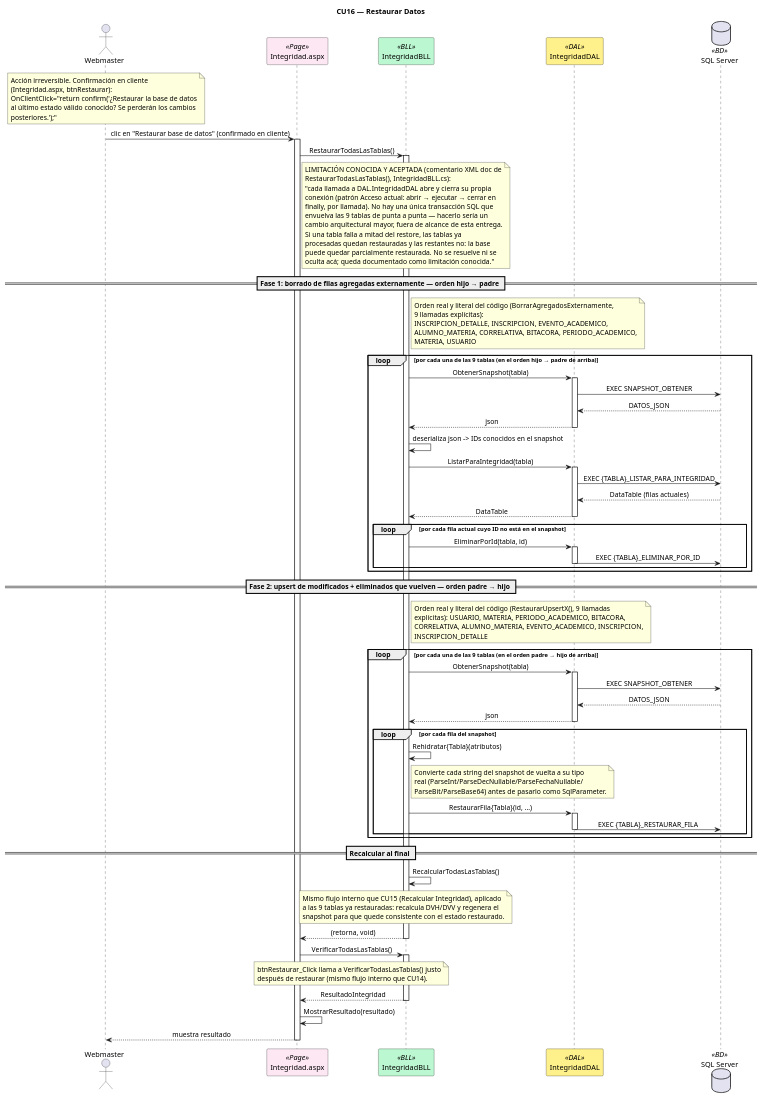
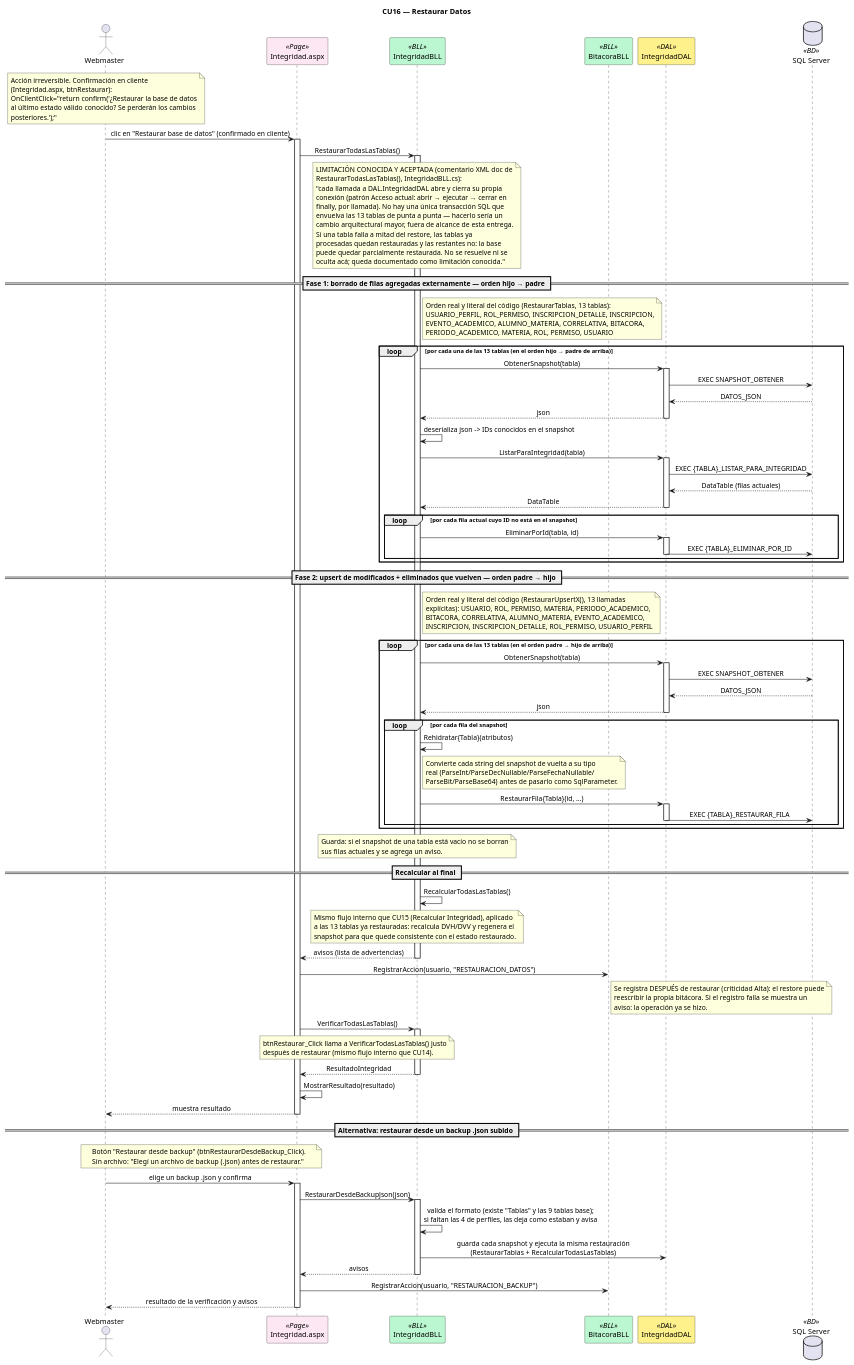
The diagram in DIAGRAMAS/Secuencia_CU16_RestaurarDatos.puml (Urrels/tpDYAWeb), drawn with PlantUML before and after one commit. The commit also changed 33 other files, not shown here.

First line of the commit message:
docs(diagramas): actualizar casos de uso, secuencias y clases segun el codigo

```diff
--- a/DIAGRAMAS/Secuencia_CU16_RestaurarDatos.puml
+++ b/DIAGRAMAS/Secuencia_CU16_RestaurarDatos.puml
@@ -1,135 +1,166 @@
 @startuml Secuencia_CU16_RestaurarDatos
 title CU16 — Restaurar Datos
 skinparam sequenceMessageAlign center
 skinparam shadowing false
 skinparam sequenceParticipant {
     BackgroundColor<<Page>> #FCE7F3
     BackgroundColor<<BLL>> #BBF7D0
     BackgroundColor<<DAL>> #FEF08A
     BackgroundColor<<BD>> #DBEAFE
 }
 
 actor Webmaster as WM
 participant "Integridad.aspx" as PAGE <<Page>>
 participant "IntegridadBLL" as BLL <<BLL>>
+participant "BitacoraBLL" as BITB <<BLL>>
 participant "IntegridadDAL" as DAL <<DAL>>
 database "SQL Server" as DB <<BD>>
 
 note over WM
   Acción irreversible. Confirmación en cliente
   (Integridad.aspx, btnRestaurar):
   OnClientClick="return confirm('¿Restaurar la base de datos
   al último estado válido conocido? Se perderán los cambios
   posteriores.');"
 end note
 
 WM -> PAGE : clic en "Restaurar base de datos" (confirmado en cliente)
 activate PAGE
 PAGE -> BLL : RestaurarTodasLasTablas()
 activate BLL
 
 note over BLL
   LIMITACIÓN CONOCIDA Y ACEPTADA (comentario XML doc de
   RestaurarTodasLasTablas(), IntegridadBLL.cs):
   "cada llamada a DAL.IntegridadDAL abre y cierra su propia
   conexión (patrón Acceso actual: abrir → ejecutar → cerrar en
   finally, por llamada). No hay una única transacción SQL que
-  envuelva las 9 tablas de punta a punta — hacerlo sería un
+  envuelva las 13 tablas de punta a punta — hacerlo sería un
   cambio arquitectural mayor, fuera de alcance de esta entrega.
   Si una tabla falla a mitad del restore, las tablas ya
   procesadas quedan restauradas y las restantes no: la base
   puede quedar parcialmente restaurada. No se resuelve ni se
   oculta acá; queda documentado como limitación conocida."
 end note
 
 == Fase 1: borrado de filas agregadas externamente — orden hijo → padre ==
 
 note right of BLL
-  Orden real y literal del código (BorrarAgregadosExternamente,
-  9 llamadas explícitas):
-  INSCRIPCION_DETALLE, INSCRIPCION, EVENTO_ACADEMICO,
-  ALUMNO_MATERIA, CORRELATIVA, BITACORA, PERIODO_ACADEMICO,
-  MATERIA, USUARIO
+  Orden real y literal del código (RestaurarTablas, 13 tablas):
+  USUARIO_PERFIL, ROL_PERMISO, INSCRIPCION_DETALLE, INSCRIPCION,
+  EVENTO_ACADEMICO, ALUMNO_MATERIA, CORRELATIVA, BITACORA,
+  PERIODO_ACADEMICO, MATERIA, ROL, PERMISO, USUARIO
 end note
 
-loop por cada una de las 9 tablas (en el orden hijo → padre de arriba)
+loop por cada una de las 13 tablas (en el orden hijo → padre de arriba)
     BLL -> DAL : ObtenerSnapshot(tabla)
     activate DAL
     DAL -> DB : EXEC SNAPSHOT_OBTENER
     DB --> DAL : DATOS_JSON
     DAL --> BLL : json
     deactivate DAL
     BLL -> BLL : deserializa json -> IDs conocidos en el snapshot
 
     BLL -> DAL : ListarParaIntegridad(tabla)
     activate DAL
     DAL -> DB : EXEC {TABLA}_LISTAR_PARA_INTEGRIDAD
     DB --> DAL : DataTable (filas actuales)
     DAL --> BLL : DataTable
     deactivate DAL
 
     loop por cada fila actual cuyo ID no está en el snapshot
         BLL -> DAL : EliminarPorId(tabla, id)
         activate DAL
         DAL -> DB : EXEC {TABLA}_ELIMINAR_POR_ID
         deactivate DAL
     end
 end
 
 == Fase 2: upsert de modificados + eliminados que vuelven — orden padre → hijo ==
 
 note right of BLL
-  Orden real y literal del código (RestaurarUpsertX(), 9 llamadas
-  explícitas): USUARIO, MATERIA, PERIODO_ACADEMICO, BITACORA,
-  CORRELATIVA, ALUMNO_MATERIA, EVENTO_ACADEMICO, INSCRIPCION,
-  INSCRIPCION_DETALLE
+  Orden real y literal del código (RestaurarUpsertX(), 13 llamadas
+  explícitas): USUARIO, ROL, PERMISO, MATERIA, PERIODO_ACADEMICO,
+  BITACORA, CORRELATIVA, ALUMNO_MATERIA, EVENTO_ACADEMICO,
+  INSCRIPCION, INSCRIPCION_DETALLE, ROL_PERMISO, USUARIO_PERFIL
 end note
 
-loop por cada una de las 9 tablas (en el orden padre → hijo de arriba)
+loop por cada una de las 13 tablas (en el orden padre → hijo de arriba)
     BLL -> DAL : ObtenerSnapshot(tabla)
     activate DAL
     DAL -> DB : EXEC SNAPSHOT_OBTENER
     DB --> DAL : DATOS_JSON
     DAL --> BLL : json
     deactivate DAL
 
     loop por cada fila del snapshot
         BLL -> BLL : Rehidratar{Tabla}(atributos)
         note right of BLL
             Convierte cada string del snapshot de vuelta a su tipo
             real (ParseInt/ParseDecNullable/ParseFechaNullable/
             ParseBit/ParseBase64) antes de pasarlo como SqlParameter.
         end note
         BLL -> DAL : RestaurarFila{Tabla}(id, ...)
         activate DAL
         DAL -> DB : EXEC {TABLA}_RESTAURAR_FILA
         deactivate DAL
     end
 end
 
+note over BLL
+  Guarda: si el snapshot de una tabla está vacío no se borran
+  sus filas actuales y se agrega un aviso.
+end note
+
 == Recalcular al final ==
 
 BLL -> BLL : RecalcularTodasLasTablas()
 note over BLL
   Mismo flujo interno que CU15 (Recalcular Integridad), aplicado
-  a las 9 tablas ya restauradas: recalcula DVH/DVV y regenera el
+  a las 13 tablas ya restauradas: recalcula DVH/DVV y regenera el
   snapshot para que quede consistente con el estado restaurado.
 end note
 
-BLL --> PAGE : (retorna, void)
+BLL --> PAGE : avisos (lista de advertencias)
 deactivate BLL
+
+PAGE -> BITB : RegistrarAccion(usuario, "RESTAURACION_DATOS")
+note right of BITB
+  Se registra DESPUÉS de restaurar (criticidad Alta): el restore puede
+  reescribir la propia bitácora. Si el registro falla se muestra un
+  aviso: la operación ya se hizo.
+end note
 
 PAGE -> BLL : VerificarTodasLasTablas()
 note over PAGE, BLL
   btnRestaurar_Click llama a VerificarTodasLasTablas() justo
   después de restaurar (mismo flujo interno que CU14).
 end note
 activate BLL
 BLL --> PAGE : ResultadoIntegridad
 deactivate BLL
 
 PAGE -> PAGE : MostrarResultado(resultado)
 PAGE --> WM : muestra resultado
 deactivate PAGE
 
+== Alternativa: restaurar desde un backup .json subido ==
+
+note over WM, PAGE
+  Botón "Restaurar desde backup" (btnRestaurarDesdeBackup_Click).
+  Sin archivo: "Elegí un archivo de backup (.json) antes de restaurar."
+end note
+
+WM -> PAGE : elige un backup .json y confirma
+activate PAGE
+PAGE -> BLL : RestaurarDesdeBackupJson(json)
+activate BLL
+BLL -> BLL : valida el formato (existe "Tablas" y las 9 tablas base);\nsi faltan las 4 de perfiles, las deja como estaban y avisa
+BLL -> DAL : guarda cada snapshot y ejecuta la misma restauración\n(RestaurarTablas + RecalcularTodasLasTablas)
+BLL --> PAGE : avisos
+deactivate BLL
+PAGE -> BITB : RegistrarAccion(usuario, "RESTAURACION_BACKUP")
+PAGE --> WM : resultado de la verificación y avisos
+deactivate PAGE
+
 @enduml
```
